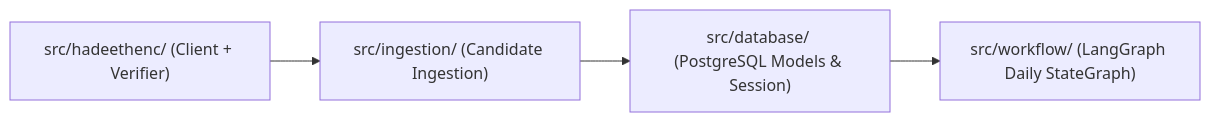
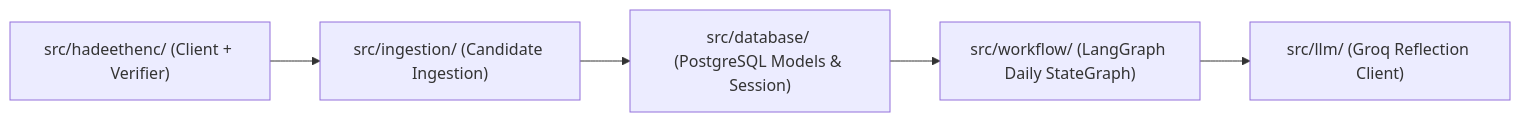
Before and after one commit to Amankhan1009/daily-hadith-ai-agent: the diagram in src/README.md, drawn with Mermaid. The commit also changed other lines of this file and 12 other files, not shown here.

Commit message:
feat(llm): add Groq reflections, complete all directory READMEs, and fix table links

````diff
--- a/src/README.md
+++ b/src/README.md
@@ -23,6 +24,7 @@
 ```mermaid
 flowchart LR
     HadeethEnc["src/hadeethenc/ (Client + Verifier)"] --> Ingestion["src/ingestion/ (Candidate Ingestion)"]
     Ingestion --> DB["src/database/ (PostgreSQL Models & Session)"]
     DB --> Workflow["src/workflow/ (LangGraph Daily StateGraph)"]
+    Workflow --> LLM["src/llm/ (Groq Reflection Client)"]
 ```
````
